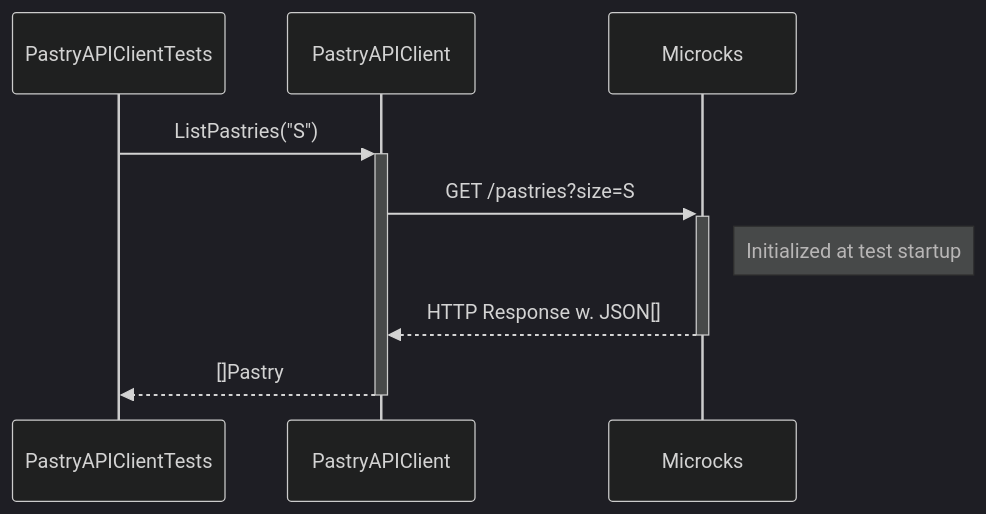
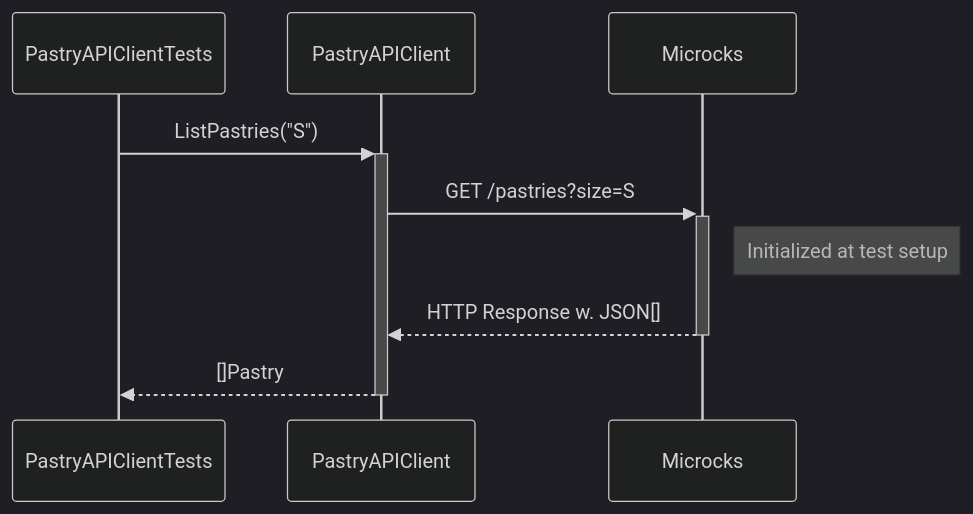
The first of 2 diagrams in step-4-write-rest-tests.md (microcks/microcks-testcontainers-go-demo), drawn with Mermaid (dark theme) before and after one commit. The commit also changed other lines of this file and 1 other file, not shown here.

````diff
--- a/step-4-write-rest-tests.md
+++ b/step-4-write-rest-tests.md
@@ -102,9 +102,9 @@
 ```mermaid
 sequenceDiagram
     PastryAPIClientTests->>+PastryAPIClient: ListPastries("S")
     PastryAPIClient->>+Microcks: GET /pastries?size=S
     participant Microcks
-    Note right of Microcks: Initialized at test startup
+    Note right of Microcks: Initialized at test setup
     Microcks-->>-PastryAPIClient: HTTP Response w. JSON[]
     PastryAPIClient-->>-PastryAPIClientTests: []Pastry
 ```
````
